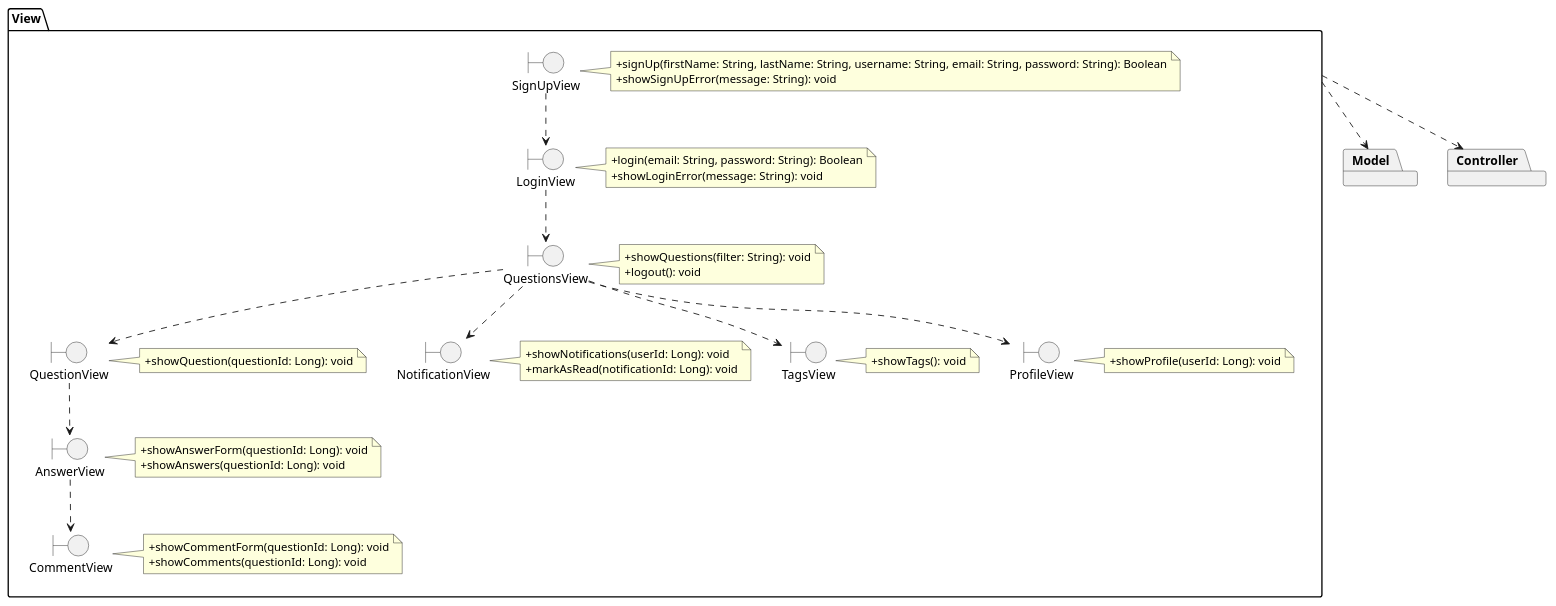
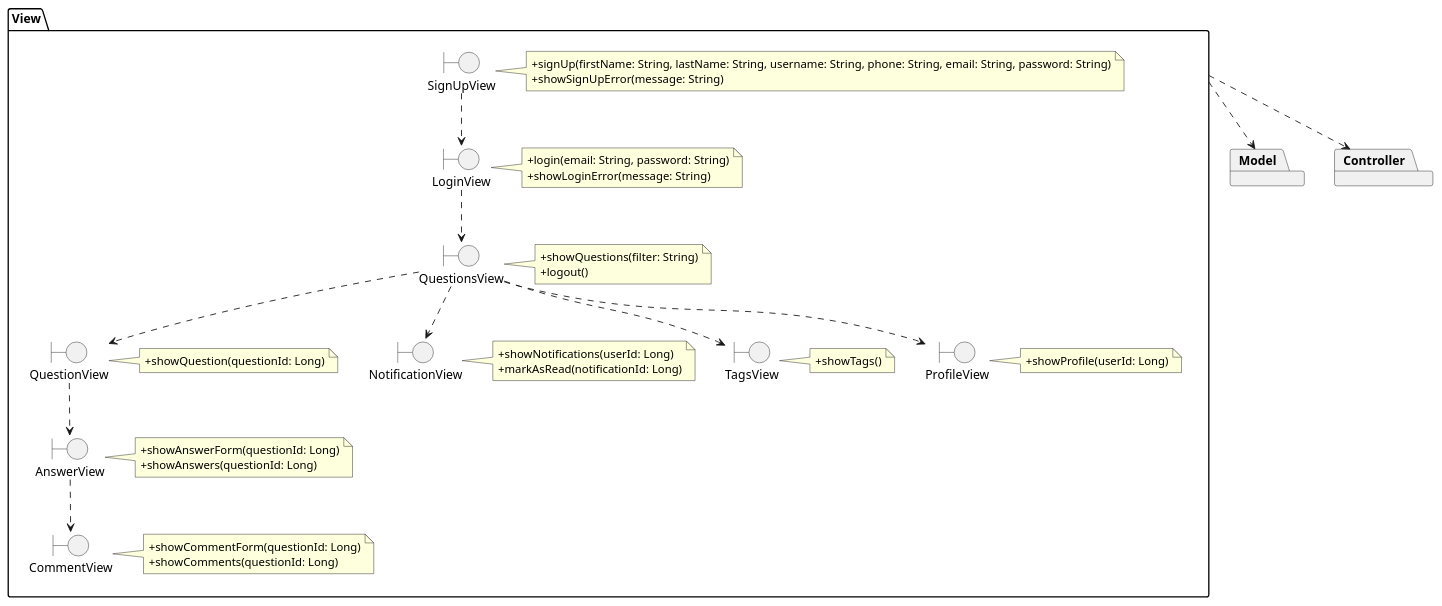
One commit to rafaelacirino/miw-backend-foro changed the diagram in src/main/resources/templates/logic/packageView.puml. Above: the diagram before and after it, drawn with PlantUML. The commit also changed 7 other files, not shown here.

Commit message:
update and add more diagrams

```diff
--- a/src/main/resources/templates/logic/packageView.puml
+++ b/src/main/resources/templates/logic/packageView.puml
@@ -1,74 +1,74 @@
 @startuml
 
 package Model {
 }
 
 package Controller {
 }
 
 View ..> Controller
 View ..> Model
 
 package View {
     boundary SignUpView
         note right of SignUpView
-            +signUp(firstName: String, lastName: String, username: String, email: String, password: String): Boolean
-            +showSignUpError(message: String): void
+            +signUp(firstName: String, lastName: String, username: String, phone: String, email: String, password: String)
+            +showSignUpError(message: String)
         end note
 
     boundary LoginView
     note right of LoginView
-        +login(email: String, password: String): Boolean
-        +showLoginError(message: String): void
+        +login(email: String, password: String)
+        +showLoginError(message: String)
     end note
 
     boundary QuestionsView
     note right of QuestionsView
-        +showQuestions(filter: String): void
-        +logout(): void
+        +showQuestions(filter: String)
+        +logout()
     end note
 
     boundary QuestionView
     note right of QuestionView
-        +showQuestion(questionId: Long): void
+        +showQuestion(questionId: Long)
     end note
 
     boundary AnswerView
     note right of AnswerView
-        +showAnswerForm(questionId: Long): void
-        +showAnswers(questionId: Long): void
+        +showAnswerForm(questionId: Long)
+        +showAnswers(questionId: Long)
     end note
 
     boundary CommentView
     note right of CommentView
-        +showCommentForm(questionId: Long): void
-        +showComments(questionId: Long): void
+        +showCommentForm(questionId: Long)
+        +showComments(questionId: Long)
     end note
 
     boundary NotificationView
     note right of NotificationView
-        +showNotifications(userId: Long): void
-        +markAsRead(notificationId: Long): void
+        +showNotifications(userId: Long)
+        +markAsRead(notificationId: Long)
     end note
 
     boundary TagsView
     note right of TagsView
-        +showTags(): void
+        +showTags()
     end note
 
     boundary ProfileView
         note right of ProfileView
-            +showProfile(userId: Long): void
+            +showProfile(userId: Long)
         end note
 
     SignUpView ..> LoginView
     LoginView ..> QuestionsView
     QuestionsView ..> QuestionView
     QuestionsView ..> NotificationView
     QuestionsView ..> TagsView
     QuestionsView ..> ProfileView
     QuestionView ..> AnswerView
     AnswerView ..> CommentView
 }
 
 @enduml
```
